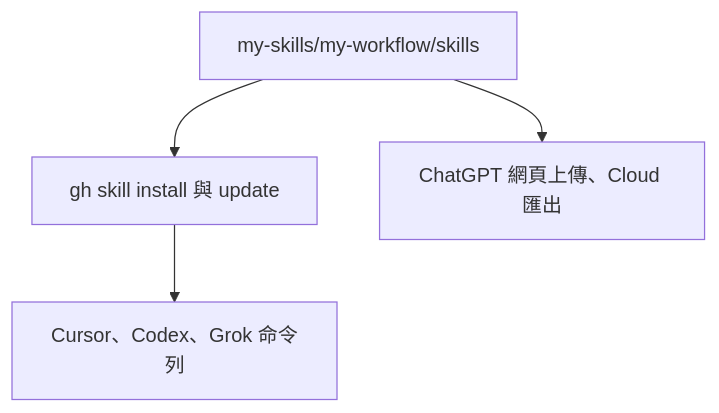
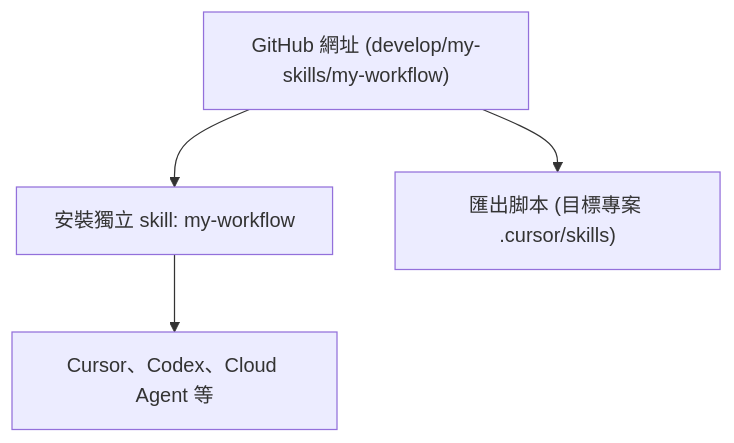
One commit to VECTOR-COOL/my-agent-toolkit changed the diagram in my-skills/my-workflow/README.md. Above: the diagram before and after it, drawn with Mermaid. The commit also changed other lines of this file and 1 other file, not shown here.

First line of the commit message:
docs(my-workflow): 簡化以 GitHub 網址安裝獨立 skill 規範

````diff
--- a/my-skills/my-workflow/README.md
+++ b/my-skills/my-workflow/README.md
@@ -9,6 +10,6 @@
 ```mermaid
 graph TD
-  src["my-skills/my-workflow/skills"] --> gh["gh skill install 與 update"]
-  gh --> hosts["Cursor、Codex、Grok 命令列"]
-  src --> manual["ChatGPT 網頁上傳、Cloud 匯出"]
+  src["GitHub 網址 (develop/my-skills/my-workflow)"] --> install["安裝獨立 skill: my-workflow"]
+  install --> hosts["Cursor、Codex、Cloud Agent 等"]
+  src --> export["匯出脚本 (目標專案 .cursor/skills)"]
 ```
````
